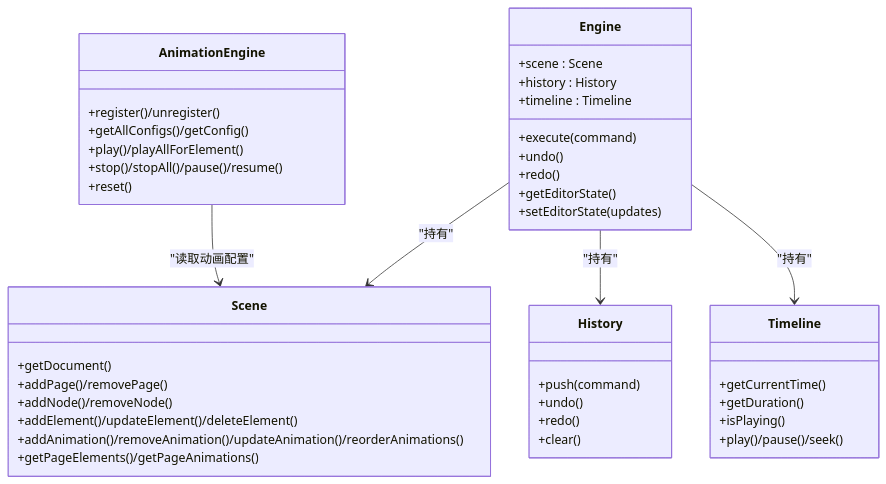
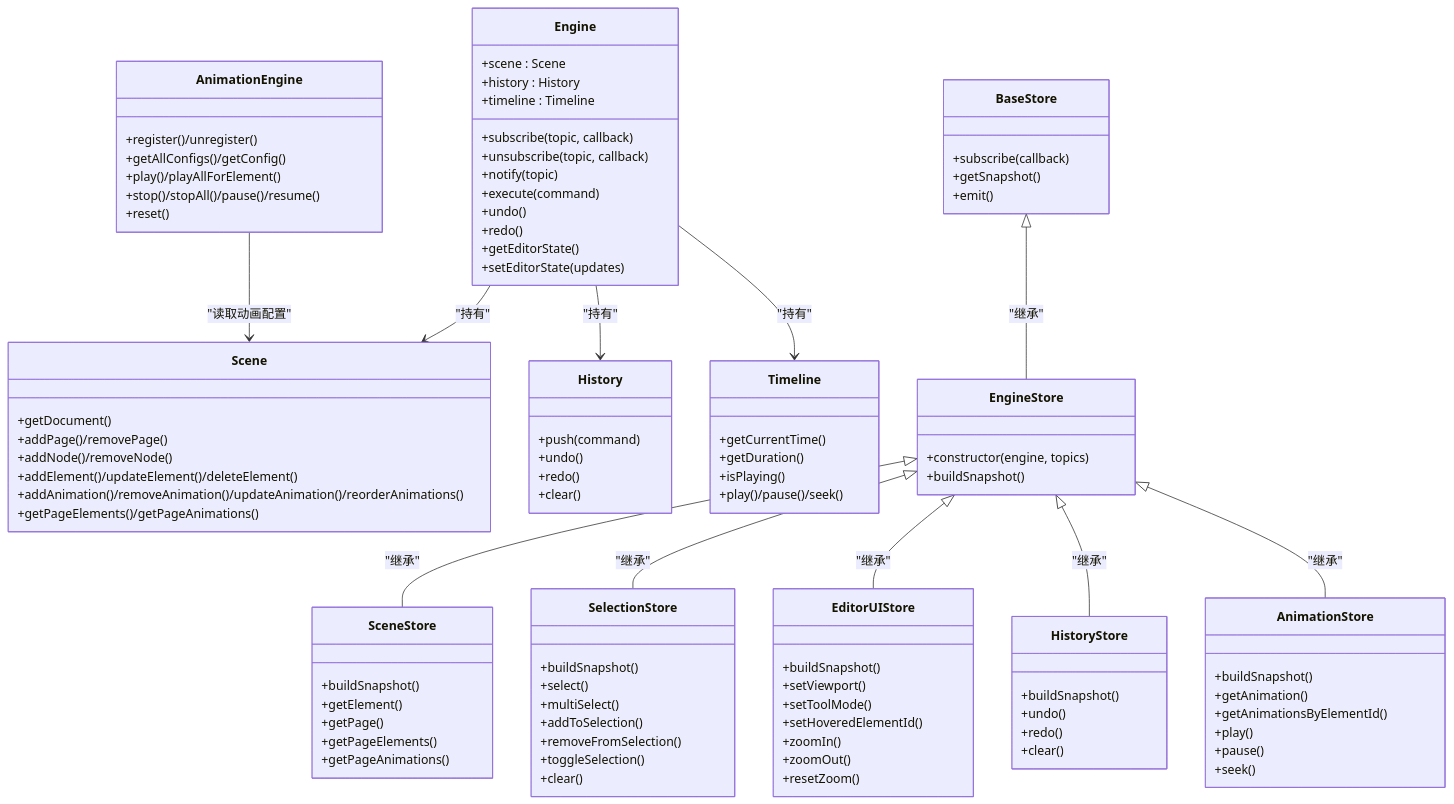
Before and after one commit to Anna0314zy/ai_editor_enginer: the second of 9 diagrams in .qoder/repowiki/zh/content/核心架构/数据流.md, drawn with Mermaid. The commit also changed other lines of this file and 17 other files, not shown here.

````diff
--- a/.qoder/repowiki/zh/content/核心架构/数据流.md
+++ b/.qoder/repowiki/zh/content/核心架构/数据流.md
@@ -124,6 +145,9 @@
 +scene : Scene
 +history : History
 +timeline : Timeline
++subscribe(topic, callback)
++unsubscribe(topic, callback)
++notify(topic)
 +execute(command)
 +undo()
 +redo()
@@ -157,8 +181,62 @@
 +stop()/stopAll()/pause()/resume()
 +reset()
 }
+class BaseStore {
++subscribe(callback)
++getSnapshot()
++emit()
+}
+class EngineStore {
++constructor(engine, topics)
++buildSnapshot()
+}
+class SceneStore {
++buildSnapshot()
++getElement()
++getPage()
++getPageElements()
++getPageAnimations()
+}
+class SelectionStore {
++buildSnapshot()
++select()
++multiSelect()
++addToSelection()
++removeFromSelection()
++toggleSelection()
++clear()
+}
+class EditorUIStore {
++buildSnapshot()
++setViewport()
++setToolMode()
++setHoveredElementId()
++zoomIn()
++zoomOut()
++resetZoom()
+}
+class HistoryStore {
++buildSnapshot()
++undo()
++redo()
++clear()
+}
+class AnimationStore {
++buildSnapshot()
++getAnimation()
++getAnimationsByElementId()
++play()
++pause()
++seek()
+}
 Engine --> Scene : "持有"
 Engine --> History : "持有"
 Engine --> Timeline : "持有"
+BaseStore <|-- EngineStore : "继承"
+EngineStore <|-- SceneStore : "继承"
+EngineStore <|-- SelectionStore : "继承"
+EngineStore <|-- EditorUIStore : "继承"
+EngineStore <|-- HistoryStore : "继承"
+EngineStore <|-- AnimationStore : "继承"
 AnimationEngine --> Scene : "读取动画配置"
 ```
````
